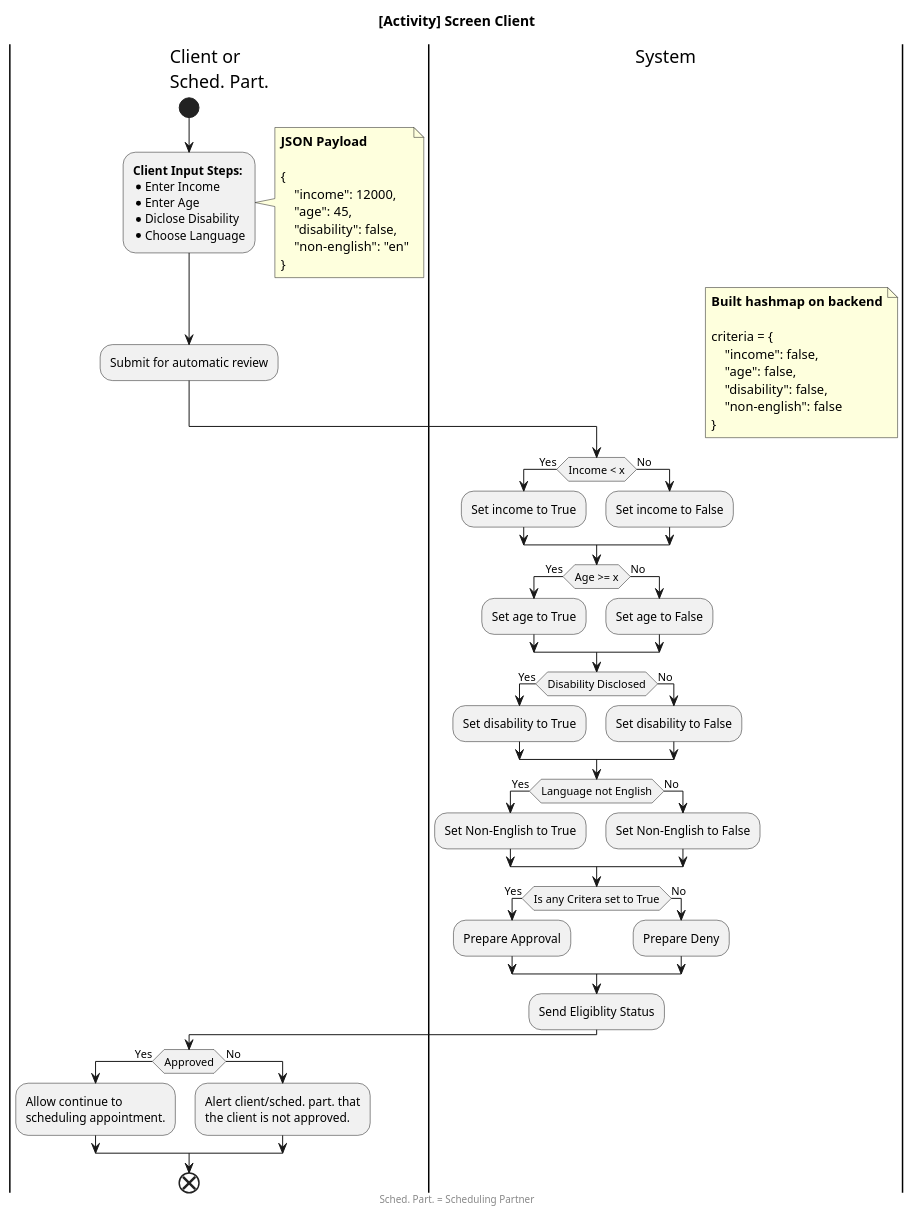
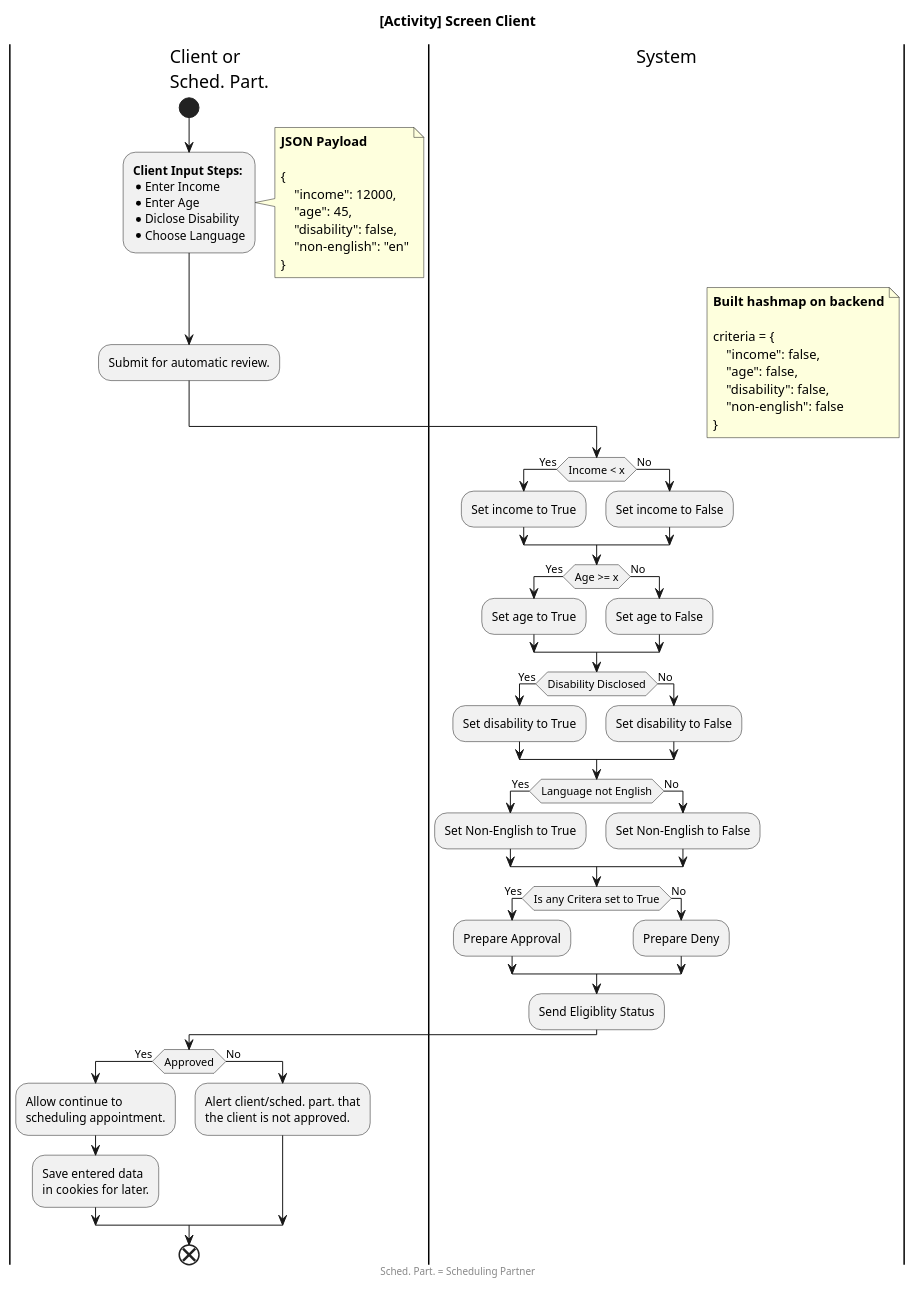
Before and after one commit to ItzNxthaniel/cisc260-final-reservation-itznxthaniel: the diagram in diagrams/src/activity_diagrams/screen_client.puml, drawn with PlantUML.

```diff
--- a/diagrams/src/activity_diagrams/screen_client.puml
+++ b/diagrams/src/activity_diagrams/screen_client.puml
@@ -1,76 +1,78 @@
 @startuml "[Activity] VITA Reserve - Screen Client"
 skinparam ConditionEndStyle hline
 title "[Activity] Screen Client"
 
 |Client or\nSched. Part.|
 start
 :<b>Client Input Steps:</b>
 * Enter Income
 * Enter Age
 * Diclose Disability
 * Choose Language;
 note right
     **JSON Payload**
     <font:monospaced>
     {
         "income": 12000,
         "age": 45,
         "disability": false,
         "non-english": "en"
     }
 end note
-:Submit for automatic review;
+:Submit for automatic review.;
 
 |System|
 floating note right
     **Built hashmap on backend**
     <font:monospaced>
     criteria = {
         "income": false,
         "age": false,
         "disability": false,
         "non-english": false
     }
 end note
 if (Income < x) then (Yes)
     :Set income to True;
 else (No)
     :Set income to False;
 endif
 
 if (Age >= x) then (Yes)
     :Set age to True;
 else (No)
     :Set age to False;
 endif
 
 if (Disability Disclosed) then (Yes)
     :Set disability to True;
 else (No)
     :Set disability to False;
 endif
 
 if (Language not English) then (Yes)
     :Set Non-English to True;
 else (No)
     :Set Non-English to False;
 endif
 
 if (Is any Critera set to True) then (Yes)
     :Prepare Approval;
 else (No)
     :Prepare Deny;
 endif
 
 :Send Eligiblity Status;
 
 |Client or\nSched. Part.|
 if (Approved) then (Yes)
     :Allow continue to\nscheduling appointment.;
+
+    :Save entered data\nin cookies for later.;
 else (No)
     :Alert client/sched. part. that\nthe client is not approved.;
 endif
 
 end
 footer Sched. Part. = Scheduling Partner
 @enduml
```
